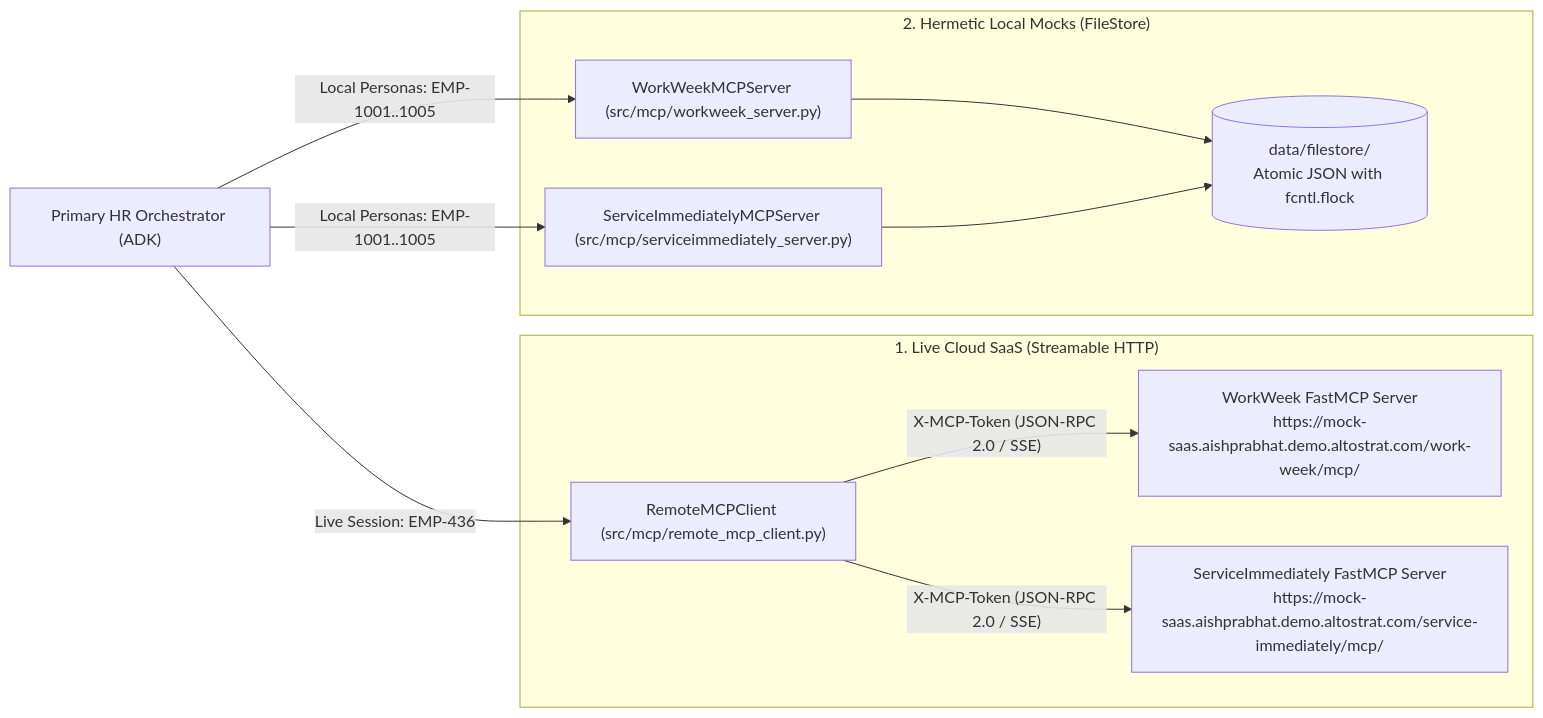
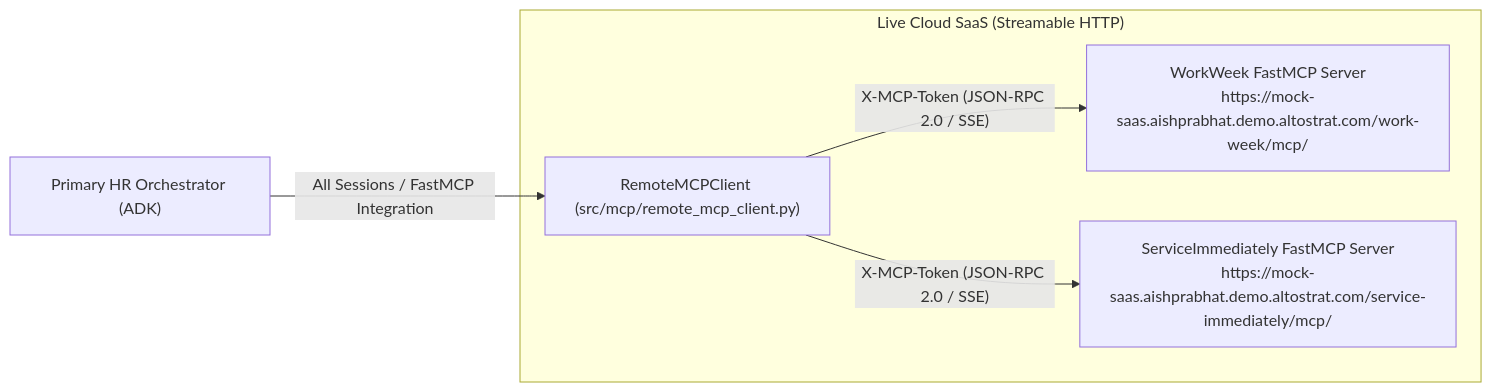
One commit to hhosur81-gcloud/so-elevated changed the diagram in README.md. Above: the diagram before and after it, drawn with Mermaid. The commit also changed other lines of this file and 43 other files, not shown here.

Commit message:
refactor(mcp): remove local mock servers and standardize on live FastMCP streamable HTTP client

````diff
--- a/README.md
+++ b/README.md
@@ -61,26 +61,15 @@
 ```mermaid
 flowchart LR
     Orchestrator["Primary HR Orchestrator (ADK)"]
     
-    subgraph LiveMode["1. Live Cloud SaaS (Streamable HTTP)"]
+    subgraph LiveMode["Live Cloud SaaS (Streamable HTTP)"]
         RemoteClient["RemoteMCPClient (src/mcp/remote_mcp_client.py)"]
         WW_Cloud["WorkWeek FastMCP Server<br>https://mock-saas.aishprabhat.demo.altostrat.com/work-week/mcp/"]
         SI_Cloud["ServiceImmediately FastMCP Server<br>https://mock-saas.aishprabhat.demo.altostrat.com/service-immediately/mcp/"]
         
         RemoteClient -->|"X-MCP-Token (JSON-RPC 2.0 / SSE)"| WW_Cloud
         RemoteClient -->|"X-MCP-Token (JSON-RPC 2.0 / SSE)"| SI_Cloud
     end
 
-    subgraph LocalMode["2. Hermetic Local Mocks (FileStore)"]
-        LocalWW["WorkWeekMCPServer (src/mcp/workweek_server.py)"]
-        LocalSI["ServiceImmediatelyMCPServer (src/mcp/serviceimmediately_server.py)"]
-        FileStore[("data/filestore/<br>Atomic JSON with fcntl.flock")]
-        
-        LocalWW --> FileStore
-        LocalSI --> FileStore
-    end
-
-    Orchestrator -->|Live Session: EMP-436| RemoteClient
-    Orchestrator -->|Local Personas: EMP-1001..1005| LocalWW
-    Orchestrator -->|Local Personas: EMP-1001..1005| LocalSI
+    Orchestrator -->|All Sessions / FastMCP Integration| RemoteClient
 ```
````
